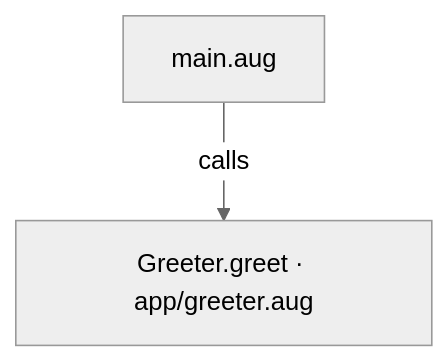
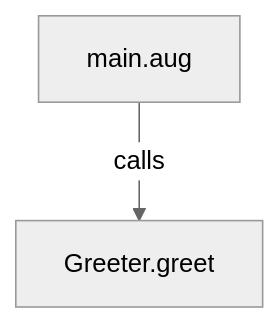
Before and after one commit to GreenPandaStudios/augscript: the second of 3 diagrams in docs/examples/hello/main-diagrams.md, drawn with Mermaid (neutral theme). The commit also changed other lines of this file and 524 other files, not shown here.

Commit message:
Explain checked data flow at folder and service levels

````diff
--- a/docs/examples/hello/main-diagrams.md
+++ b/docs/examples/hello/main-diagrams.md
@@ -28,6 +28,6 @@
 ```mermaid
 flowchart TD
-    n0["Greeter.greet · app/greeter.aug"]
+    n0["Greeter.greet"]
     n1["main.aug"]
     n1 -->|"calls"| n0
 ```
````
